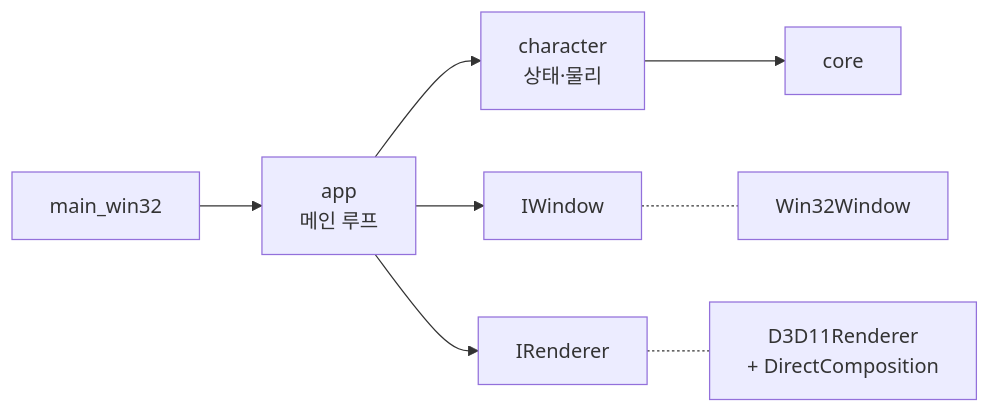
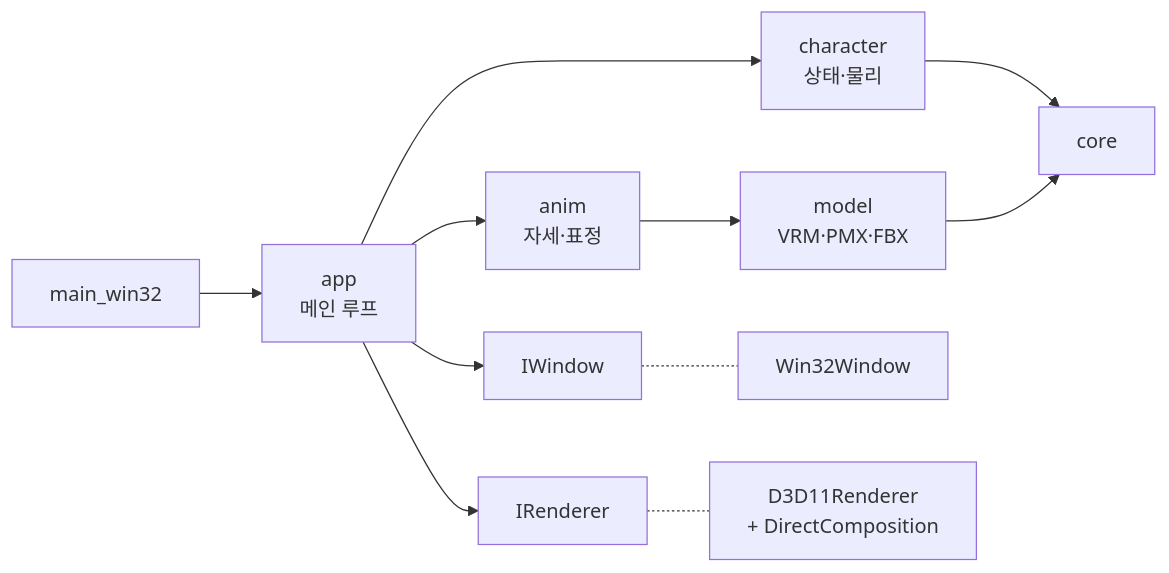
One commit to ChoHye0N/TinyDeskPet changed the diagram in README.md. Above: the diagram before and after it, drawn with Mermaid. The commit also changed other lines of this file and 14 other files, not shown here.

````diff
--- a/README.md
+++ b/README.md
@@ -22,8 +26,11 @@
 ```mermaid
 flowchart LR
     Main["main_win32"] --> App["app<br/>메인 루프"]
     App --> Char["character<br/>상태·물리"]
+    App --> Anim["anim<br/>자세·표정"]
+    Anim --> Model["model<br/>VRM·PMX·FBX"]
     App --> IW["IWindow"] -.- W32["Win32Window"]
     App --> IR["IRenderer"] -.- D3D["D3D11Renderer<br/>+ DirectComposition"]
     Char --> Core["core"]
+    Model --> Core
 ```
````
